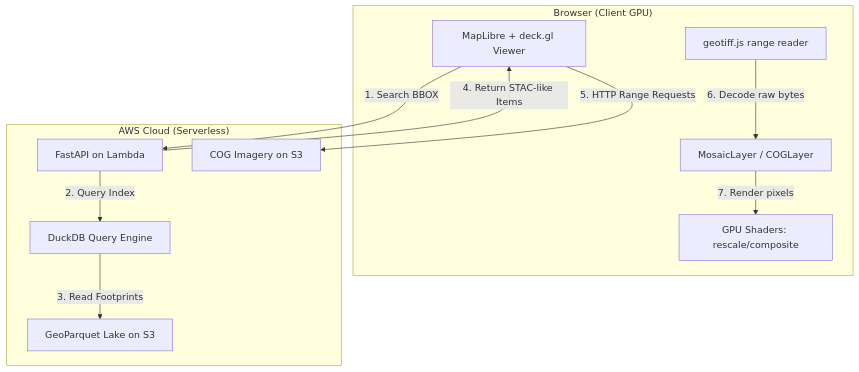
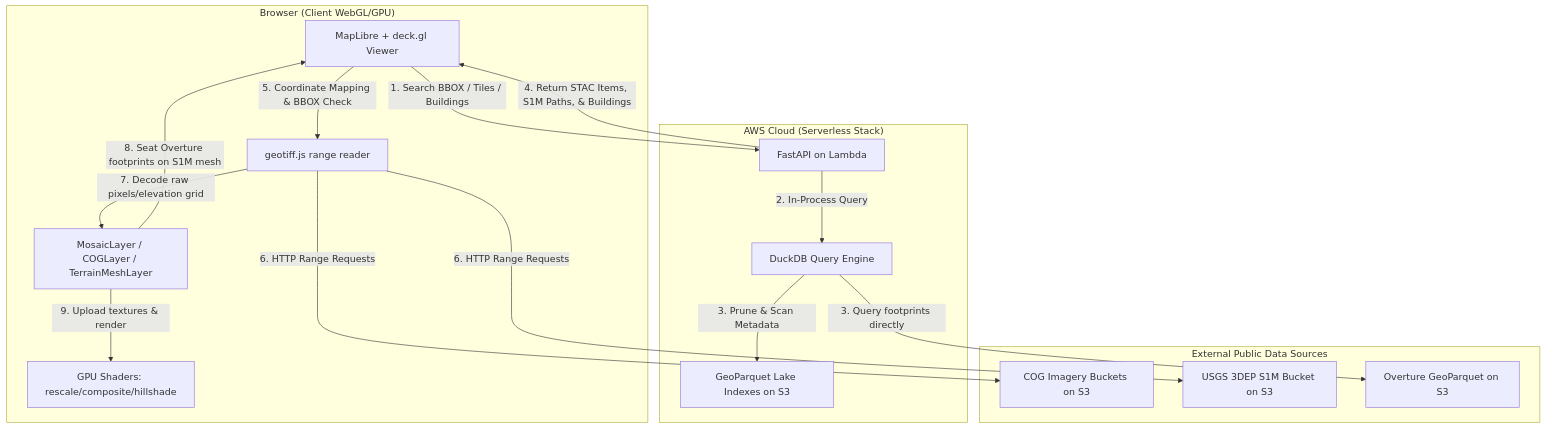
One commit to mwkorver/deckgl-s3-cog-s1m changed the diagram in README.md. Above: the diagram before and after it, drawn with Mermaid. The commit also changed other lines of this file, not shown here.

Commit message:
Update architecture diagram in main README to include terrain and building footprint pipelines

````diff
--- a/README.md
+++ b/README.md
@@ -66,24 +66,38 @@
 ```mermaid
 graph TD
-    subgraph Browser ["Browser (Client GPU)"]
+    subgraph Browser ["Browser (Client WebGL/GPU)"]
         Viewer[MapLibre + deck.gl Viewer]
-        MosaicLayer[MosaicLayer / COGLayer]
-        GLSL[GPU Shaders: rescale/composite]
         GeotiffJS[geotiff.js range reader]
+        MosaicLayer[MosaicLayer / COGLayer / TerrainMeshLayer]
+        GLSL[GPU Shaders: rescale/composite/hillshade]
     end
 
-    subgraph AWS ["AWS Cloud (Serverless)"]
+    subgraph AWS ["AWS Cloud (Serverless Stack)"]
         APIGateway[FastAPI on Lambda]
         DuckDB[DuckDB Query Engine]
-        Parquet[GeoParquet Lake on S3]
-        COGBucket[COG Imagery on S3]
+        Parquet[GeoParquet Lake Indexes on S3]
     end
 
-    Viewer -->|1. Search BBOX| APIGateway
-    APIGateway -->|2. Query Index| DuckDB
-    DuckDB -->|3. Read Footprints| Parquet
-    APIGateway -->|4. Return STAC-like Items| Viewer
-    Viewer -->|5. HTTP Range Requests| COGBucket
-    GeotiffJS -->|6. Decode raw bytes| MosaicLayer
-    MosaicLayer -->|7. Render pixels| GLSL
+    subgraph External ["External Public Data Sources"]
+        COGBucket[COG Imagery Buckets on S3]
+        USGSBucket[USGS 3DEP S1M Bucket on S3]
+        OvertureS3[Overture GeoParquet on S3]
+    end
+
+    %% API Queries
+    Viewer -->|1. Search BBOX / Tiles / Buildings| APIGateway
+    APIGateway -->|2. In-Process Query| DuckDB
+    DuckDB -->|3. Prune & Scan Metadata| Parquet
+    DuckDB -->|3. Query footprints directly| OvertureS3
+    APIGateway -->|4. Return STAC Items, S1M Paths, & Buildings| Viewer
+
+    %% Client data reads
+    Viewer -->|5. Coordinate Mapping & BBOX Check| GeotiffJS
+    GeotiffJS -->|6. HTTP Range Requests| COGBucket
+    GeotiffJS -->|6. HTTP Range Requests| USGSBucket
+    
+    %% Decoding & Rendering
+    GeotiffJS -->|7. Decode raw pixels/elevation grid| MosaicLayer
+    MosaicLayer -->|8. Seat Overture footprints on S1M mesh| Viewer
+    MosaicLayer -->|9. Upload textures & render| GLSL
 ```
````
